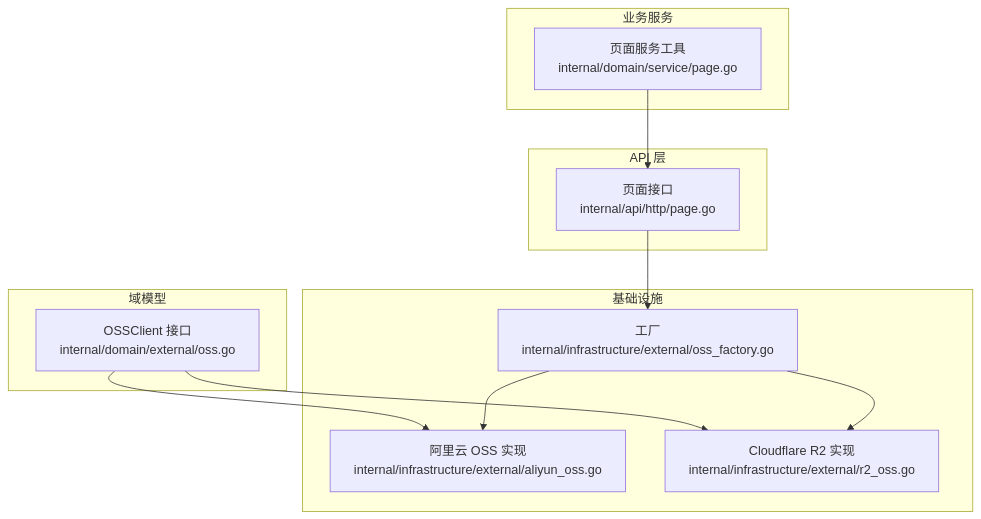
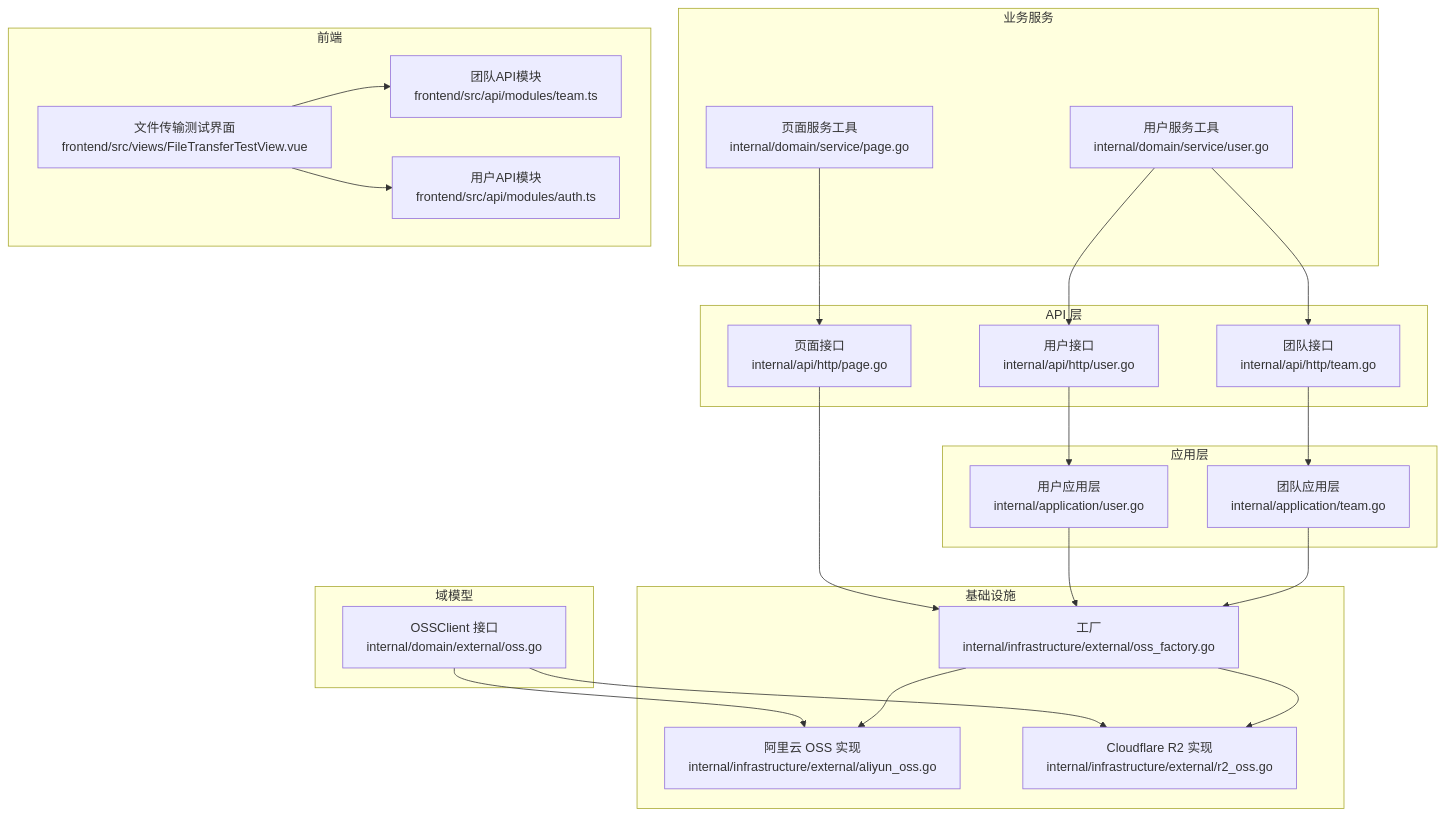
One commit to ATOMLubover/poprako changed the first of 7 diagrams in .qoder/repowiki/zh/content/文件存储系统/文件存储系统.md. Above: the diagram before and after it, drawn with Mermaid. The commit also changed other lines of this file and 5 other files, not shown here.

````diff
--- a/.qoder/repowiki/zh/content/文件存储系统/文件存储系统.md
+++ b/.qoder/repowiki/zh/content/文件存储系统/文件存储系统.md
@@ -46,23 +74,43 @@
 ```mermaid
 graph TB
 subgraph "域模型"
 IF["OSSClient 接口<br/>internal/domain/external/oss.go"]
 end
 subgraph "基础设施"
 F["工厂<br/>internal/infrastructure/external/oss_factory.go"]
 A["阿里云 OSS 实现<br/>internal/infrastructure/external/aliyun_oss.go"]
 R["Cloudflare R2 实现<br/>internal/infrastructure/external/r2_oss.go"]
 end
 subgraph "业务服务"
 S["页面服务工具<br/>internal/domain/service/page.go"]
+US["用户服务工具<br/>internal/domain/service/user.go"]
 end
 subgraph "API 层"
 P["页面接口<br/>internal/api/http/page.go"]
+UI["用户接口<br/>internal/api/http/user.go"]
+TI["团队接口<br/>internal/api/http/team.go"]
+end
+subgraph "应用层"
+UA["用户应用层<br/>internal/application/user.go"]
+TA["团队应用层<br/>internal/application/team.go"]
+end
+subgraph "前端"
+FTV["文件传输测试界面<br/>frontend/src/views/FileTransferTestView.vue"]
+TEAMAPI["团队API模块<br/>frontend/src/api/modules/team.ts"]
+AUTHAPI["用户API模块<br/>frontend/src/api/modules/auth.ts"]
 end
 IF --> A
 IF --> R
 F --> A
 F --> R
 S --> P
+US --> UI
+US --> TI
 P --> F
+UI --> UA
+TI --> TA
+UA --> F
+TA --> F
+FTV --> TEAMAPI
+FTV --> AUTHAPI
 ```
````
